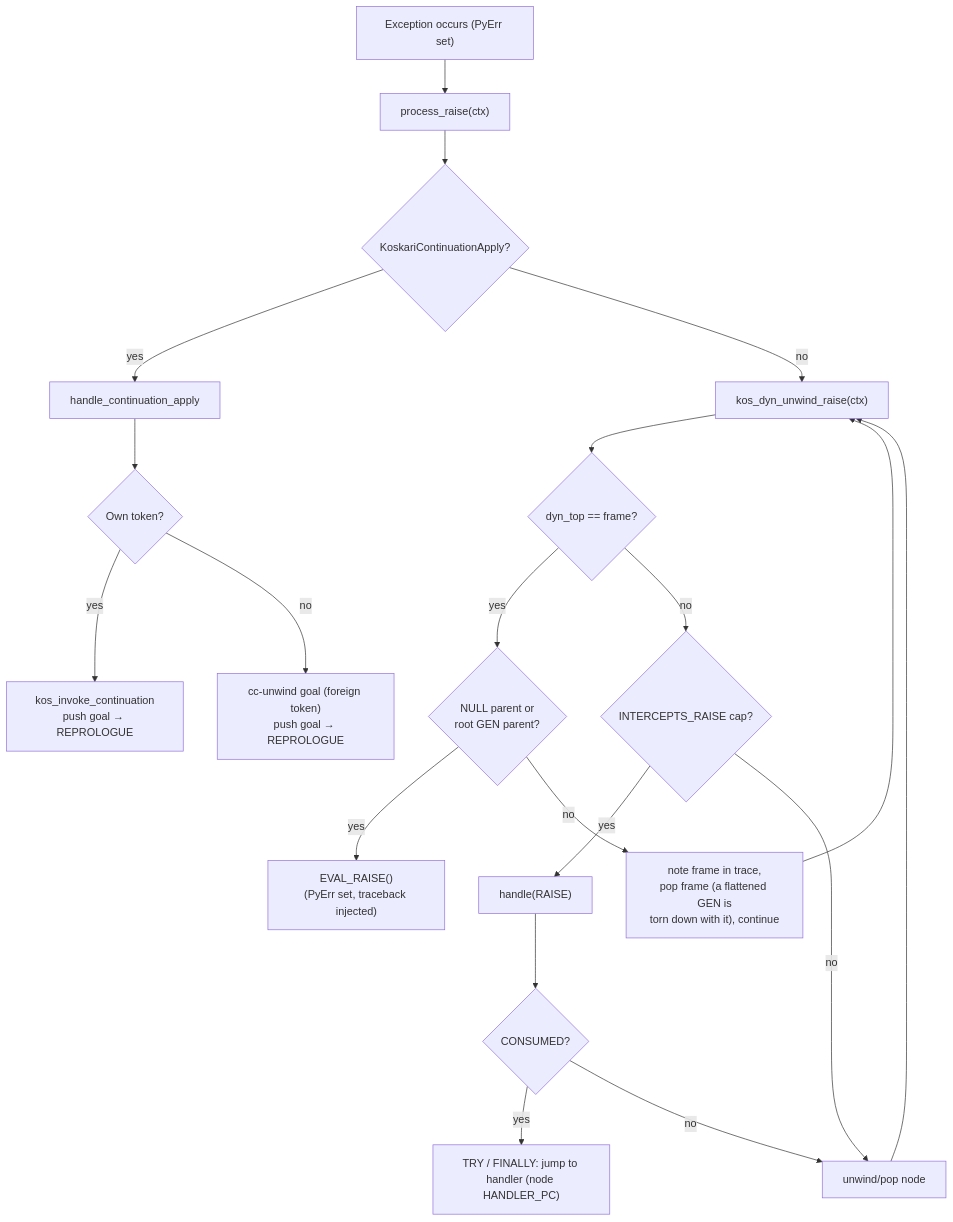
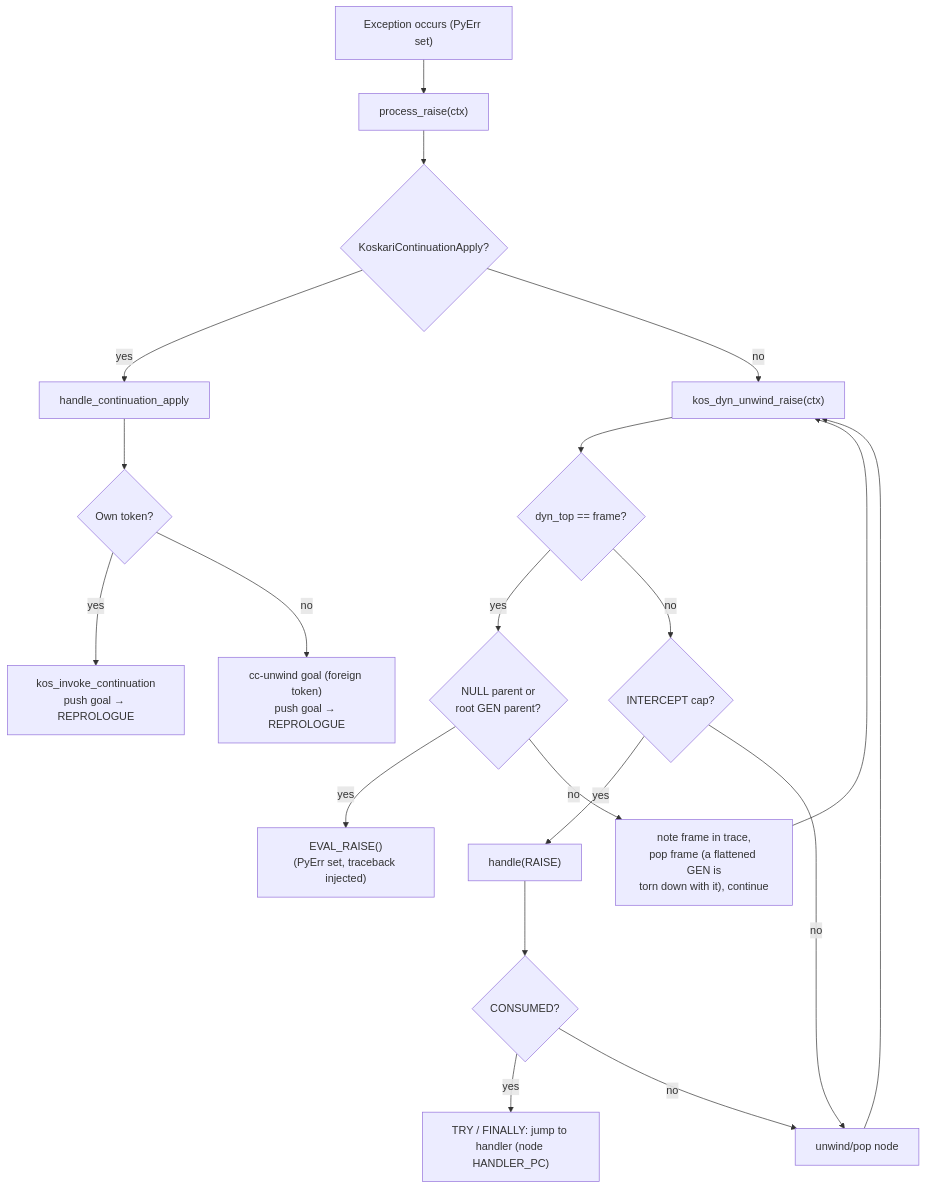
Before and after one commit to koskari-lang/koskari: the ninth of 12 diagrams in design/EVALUATOR.md, drawn with Mermaid. The commit also changed other lines of this file, not shown here.

````diff
--- a/design/EVALUATOR.md
+++ b/design/EVALUATOR.md
@@ -754,40 +761,40 @@
 ```mermaid
 flowchart TD
     exc["Exception occurs (PyErr set)"]
     process["process_raise(ctx)"]
     cc_check{"KoskariContinuationApply?"}
     handle_cc["handle_continuation_apply"]
     own{"Own token?"}
     invoke["kos_invoke_continuation<br/>push goal → REPROLOGUE"]
     foreign["cc-unwind goal (foreign token)<br/>push goal → REPROLOGUE"]
     try_local["kos_dyn_unwind_raise(ctx)"]
-    cap{"INTERCEPTS_RAISE cap?"}
+    cap{"INTERCEPT cap?"}
     dispatch["handle(RAISE)"]
     consumed{"CONSUMED?"}
     jump["TRY / FINALLY: jump to handler (node HANDLER_PC)"]
     pop["unwind/pop node"]
     frame_edge{"dyn_top == frame?"}
     cross["note frame in trace,<br/>pop frame (a flattened GEN is<br/>torn down with it), continue"]
     exit_edge{"NULL parent or<br/>root GEN parent?"}
     no_handler["EVAL_RAISE()<br/>(PyErr set, traceback injected)"]
 
     exc --> process
     process --> cc_check
     cc_check -->|yes| handle_cc
     handle_cc --> own
     own -->|yes| invoke
     own -->|no| foreign
     cc_check -->|no| try_local
     try_local --> frame_edge
     frame_edge -->|yes| exit_edge
     exit_edge -->|yes| no_handler
     exit_edge -->|no| cross
     cross --> try_local
     frame_edge -->|no| cap
     cap -->|yes| dispatch
     dispatch --> consumed
     consumed -->|yes| jump
     consumed -->|no| pop
     cap -->|no| pop
     pop --> try_local
 ```
````
